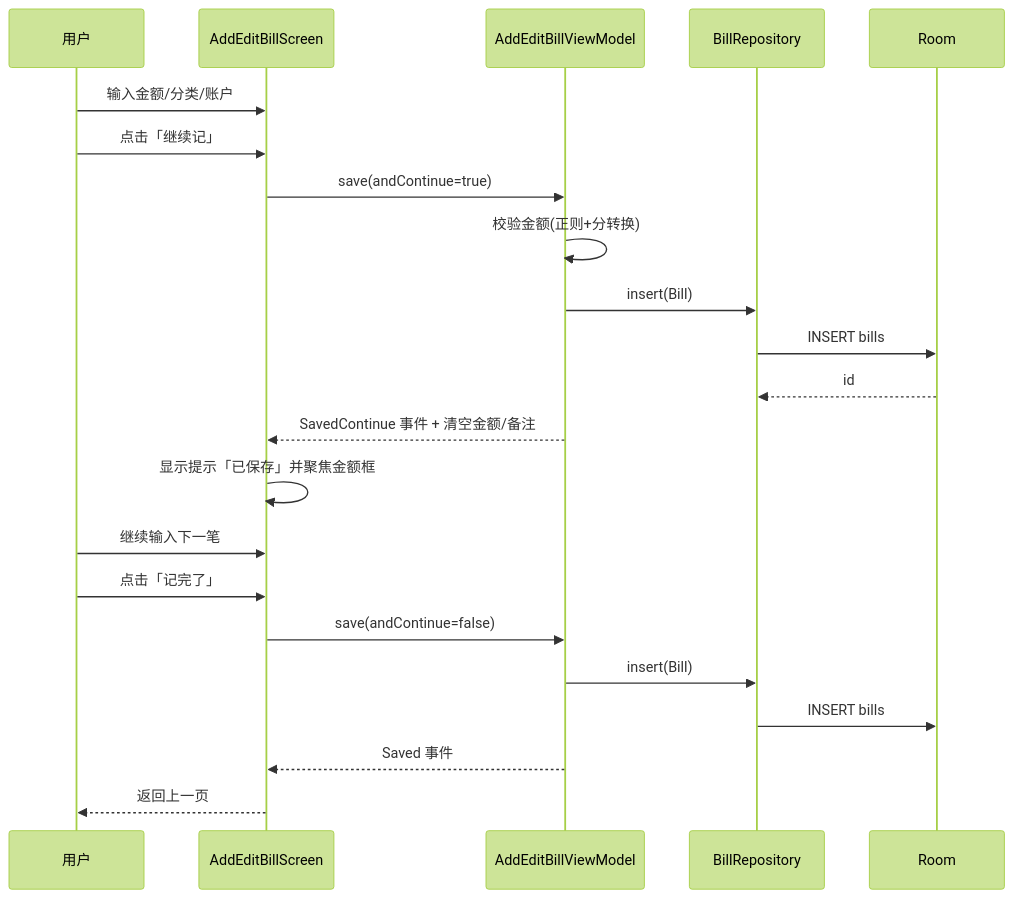
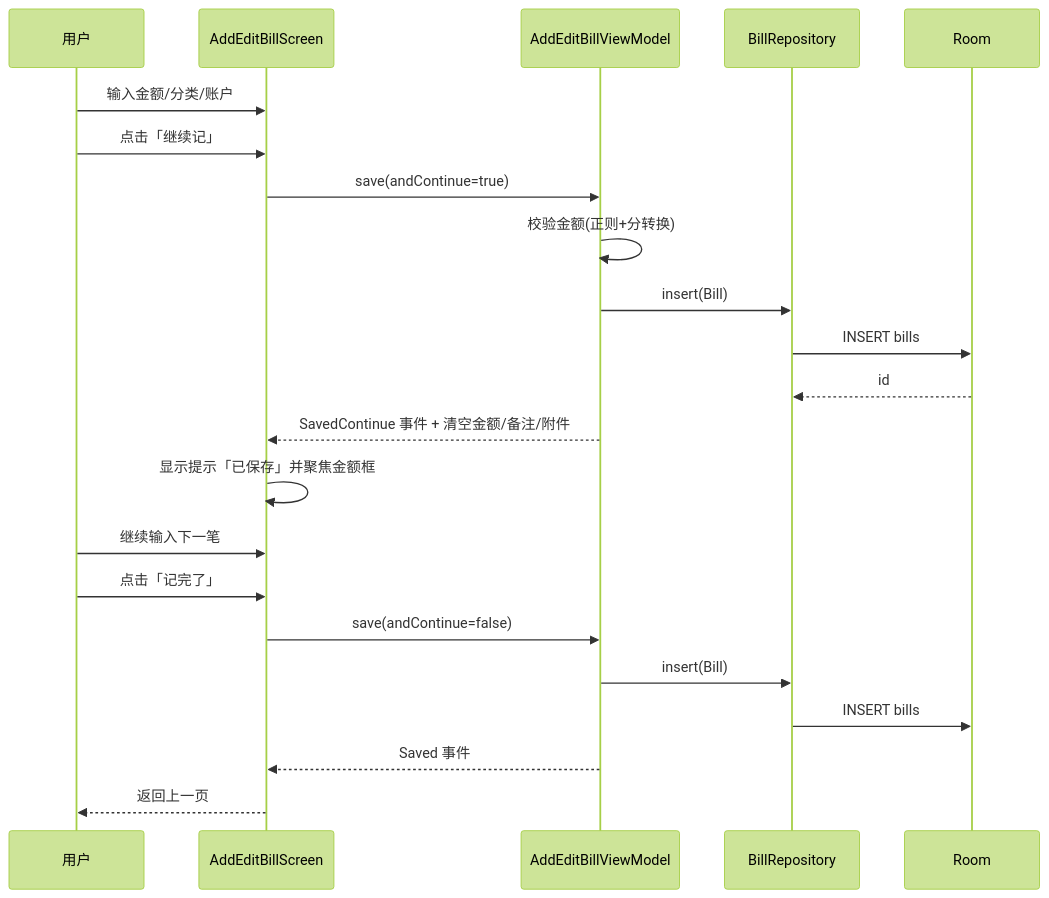
Before and after one commit to AndersOnLin4/moneybook: the second of 7 diagrams in docs/03-UML建模.md, drawn with Mermaid (forest theme). The commit also changed other lines of this file and 4 other files, not shown here.

````diff
--- a/docs/03-UML建模.md
+++ b/docs/03-UML建模.md
@@ -51,25 +56,25 @@
 ```mermaid
 sequenceDiagram
     participant U as 用户
     participant S as AddEditBillScreen
     participant VM as AddEditBillViewModel
     participant R as BillRepository
     participant D as Room
 
     U->>S: 输入金额/分类/账户
     U->>S: 点击「继续记」
     S->>VM: save(andContinue=true)
     VM->>VM: 校验金额(正则+分转换)
     VM->>R: insert(Bill)
     R->>D: INSERT bills
     D-->>R: id
-    VM-->>S: SavedContinue 事件 + 清空金额/备注
+    VM-->>S: SavedContinue 事件 + 清空金额/备注/附件
     S->>S: 显示提示「已保存」并聚焦金额框
     U->>S: 继续输入下一笔
     U->>S: 点击「记完了」
     S->>VM: save(andContinue=false)
     VM->>R: insert(Bill)
     R->>D: INSERT bills
     VM-->>S: Saved 事件
     S-->>U: 返回上一页
 ```
````
